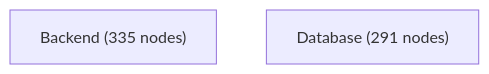
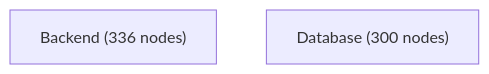
One commit to jankneumann/agentic-coding-tools changed the diagram in docs/architecture-analysis/views/containers.mmd. Above: the diagram before and after it, drawn with Mermaid. The commit also changed 36 other files, not shown here.

First line of the commit message:
feat(scripts): add tree-sitter architecture enrichment (#27)

```diff
--- a/docs/architecture-analysis/views/containers.mmd
+++ b/docs/architecture-analysis/views/containers.mmd
@@ -1,3 +1,3 @@
 flowchart TB
-    Backend["Backend (335 nodes)"]
-    Database["Database (291 nodes)"]
+    Backend["Backend (336 nodes)"]
+    Database["Database (300 nodes)"]
```
